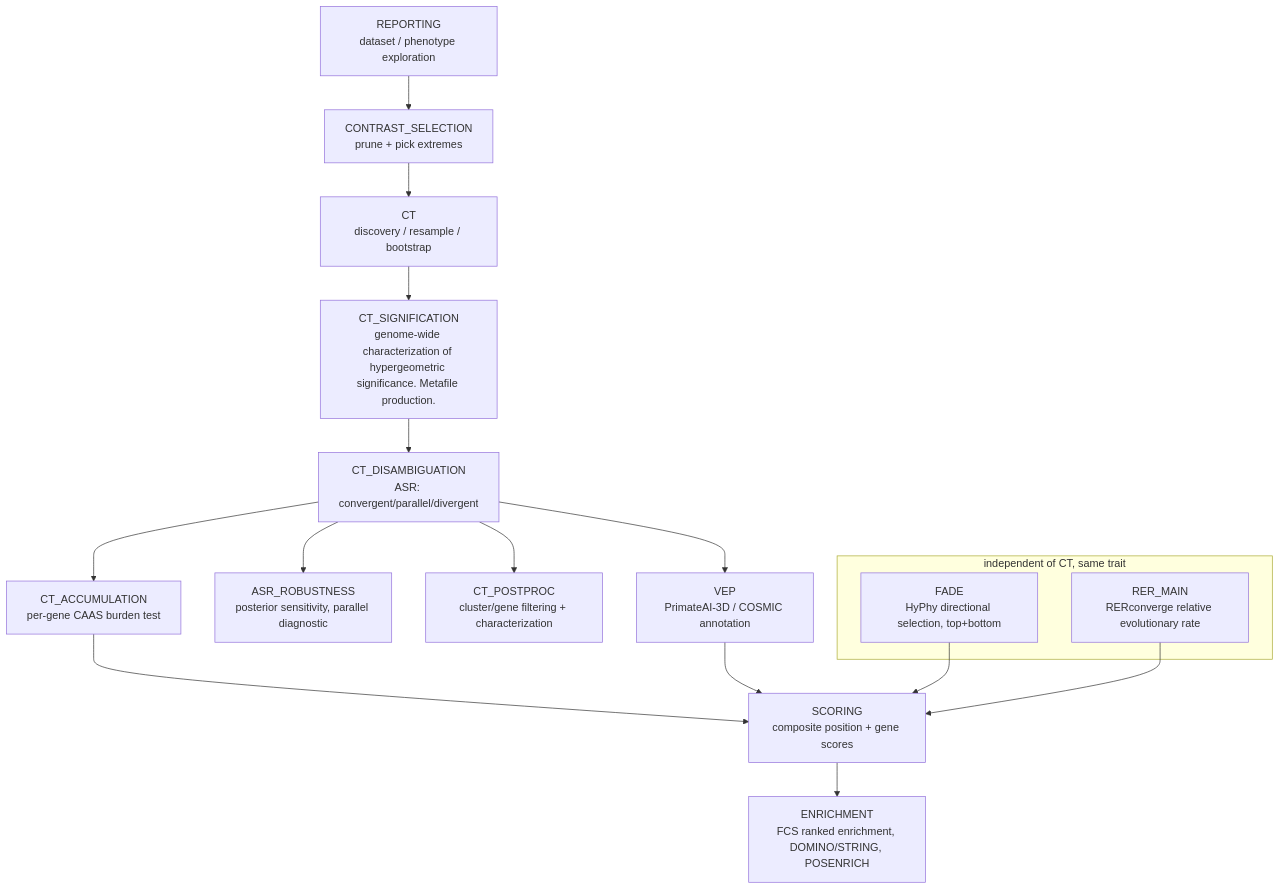
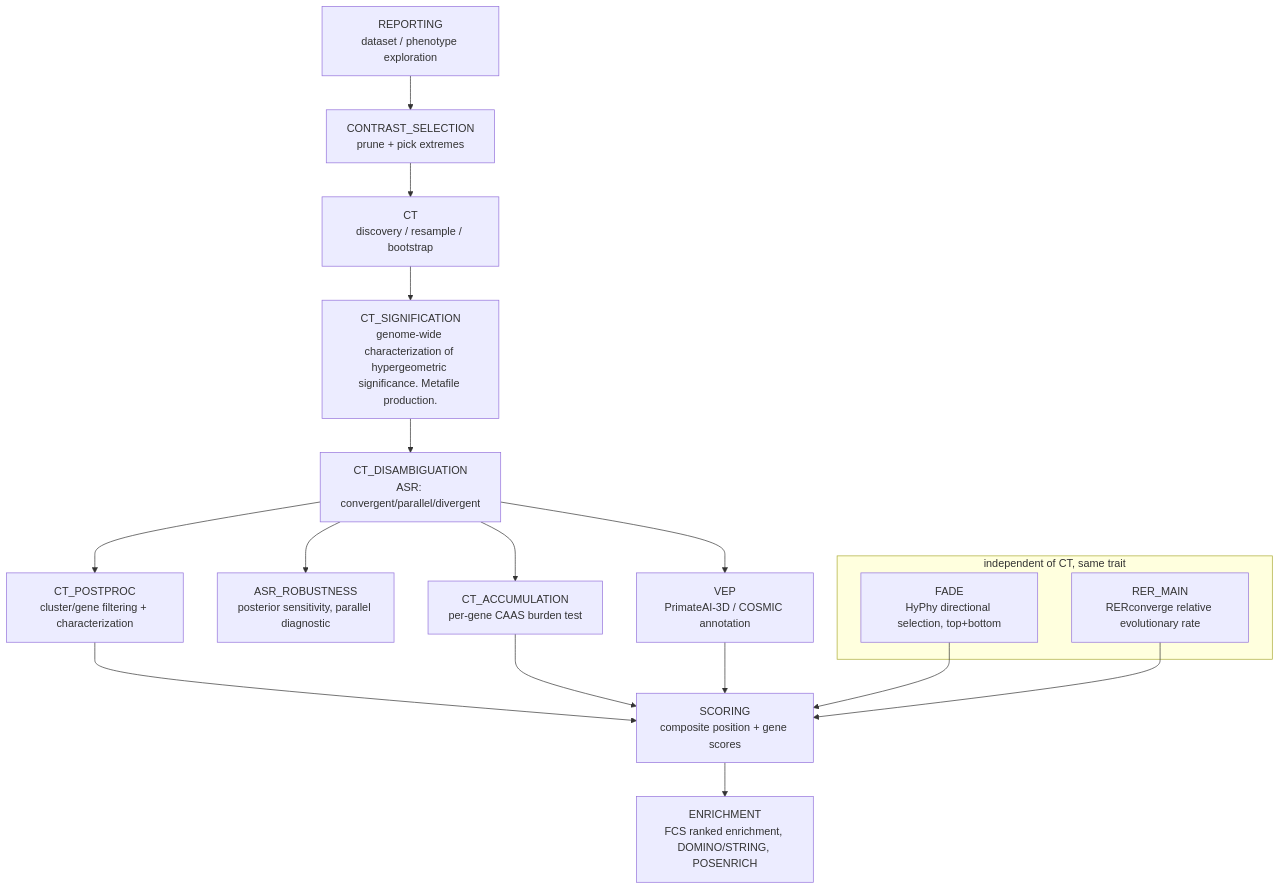
The diagram in README.md (nozerorma/PhyloPhere), drawn with Mermaid before and after one commit.

````diff
--- a/README.md
+++ b/README.md
@@ -87,20 +87,21 @@
 ```mermaid
 flowchart TD
     A[REPORTING\ndataset / phenotype exploration] --> B[CONTRAST_SELECTION\nprune + pick extremes]
     B --> C[CT\ndiscovery / resample / bootstrap]
     C --> D[CT_SIGNIFICATION\ngenome-wide characterization of hypergeometric significance. Metafile production.]
     D --> E[CT_DISAMBIGUATION\nASR: convergent/parallel/divergent]
     E --> E2[ASR_ROBUSTNESS\nposterior sensitivity, parallel diagnostic]
     E --> F[CT_POSTPROC\ncluster/gene filtering + characterization]
     E --> G[CT_ACCUMULATION\nper-gene CAAS burden test]
     E --> H[VEP\nPrimateAI-3D / COSMIC annotation]
     subgraph independent[independent of CT, same trait]
       I[FADE\nHyPhy directional selection, top+bottom]
       J[RER_MAIN\nRERconverge relative evolutionary rate]
     end
-    G --> K[SCORING\ncomposite position + gene scores]
+    F --> K[SCORING\ncomposite position + gene scores]
+    G --> K
     H --> K
     I --> K
     J --> K
     K --> L[ENRICHMENT\nFCS ranked enrichment, DOMINO/STRING, POSENRICH]
 ```
````
